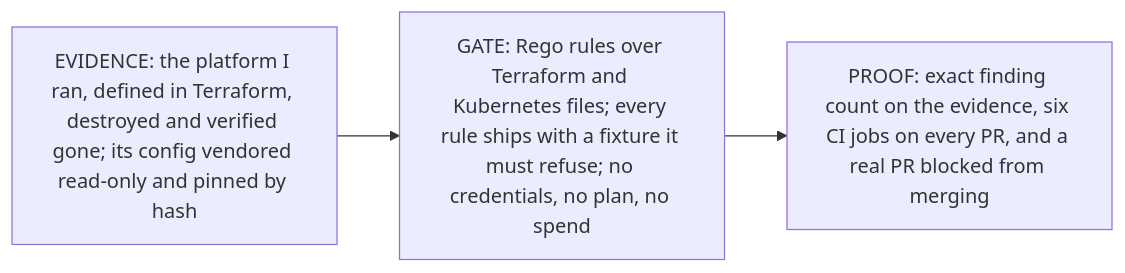
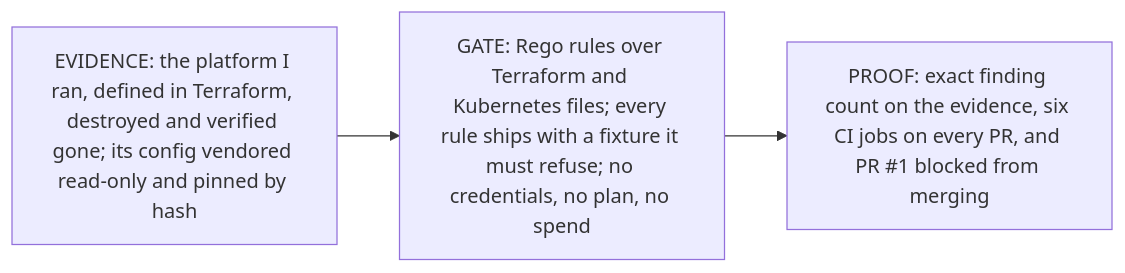
Before and after one commit to hossainpazooki/network-as-code: the diagram in README.md, drawn with Mermaid. The commit also changed other lines of this file, not shown here.

Commit message:
docs: minimal README - three boxes, the proof, then prose

````diff
--- a/README.md
+++ b/README.md
@@ -185,7 +8,7 @@
 ```mermaid
 flowchart LR
     A["EVIDENCE: the platform I ran, defined in Terraform, destroyed and verified gone; its config vendored read-only and pinned by hash"]
     B["GATE: Rego rules over Terraform and Kubernetes files; every rule ships with a fixture it must refuse; no credentials, no plan, no spend"]
-    C["PROOF: exact finding count on the evidence, six CI jobs on every PR, and a real PR blocked from merging"]
+    C["PROOF: exact finding count on the evidence, six CI jobs on every PR, and PR #1 blocked from merging"]
     A --> B --> C
 ```
````
